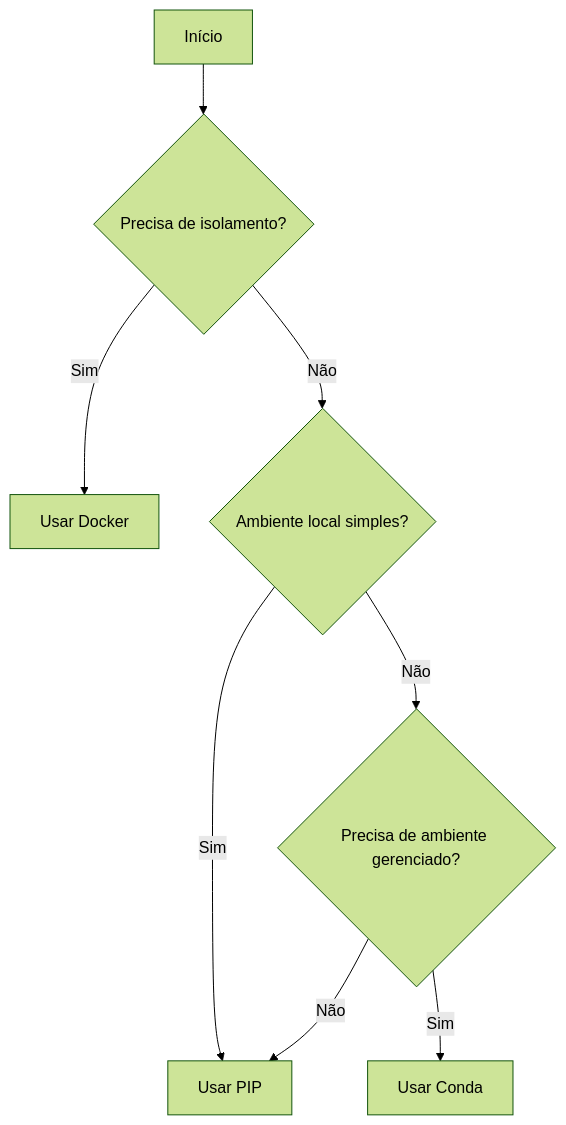
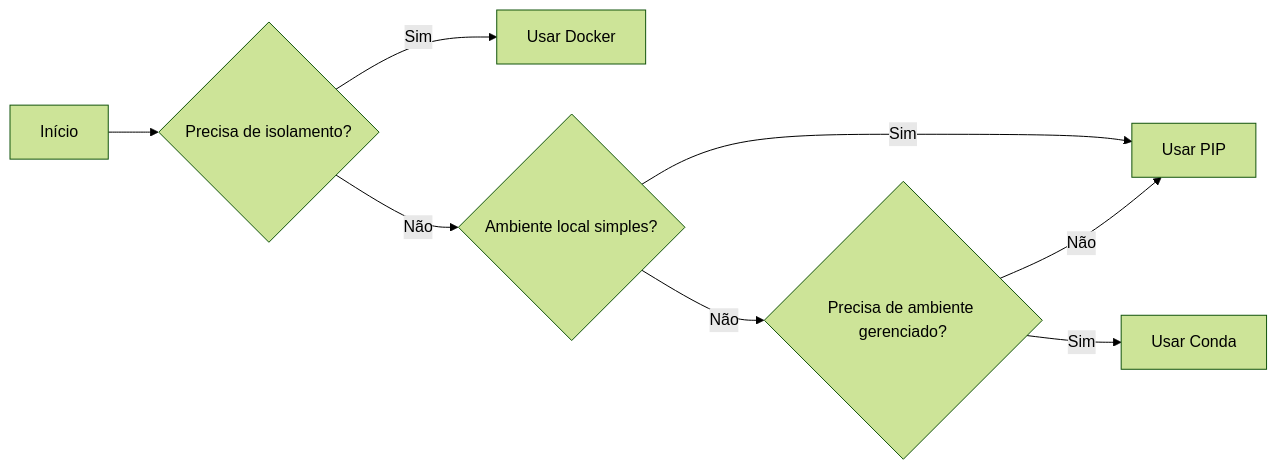
Before and after one commit to Mayvon/Chatbot-no-WhatsApp-com-LLaMA-AI-no-Servidor-Local.md: the diagram in 1. Pré-requisitos.md, drawn with Mermaid (forest theme).

Commit message:
Update 1. Pré-requisitos.md

````diff
--- a/1. Pré-requisitos.md
+++ b/1. Pré-requisitos.md
@@ -57,10 +57,11 @@
 ```mermaid
-graph TD
+graph LR
     A[Início] --> B{Precisa de isolamento?}
     B -->|Sim| C[Usar Docker]
     B -->|Não| D{Ambiente local simples?}
     D -->|Sim| E[Usar PIP]
     D -->|Não| F{Precisa de ambiente gerenciado?}
     F -->|Sim| G[Usar Conda]
     F -->|Não| E
+
 ```
````
